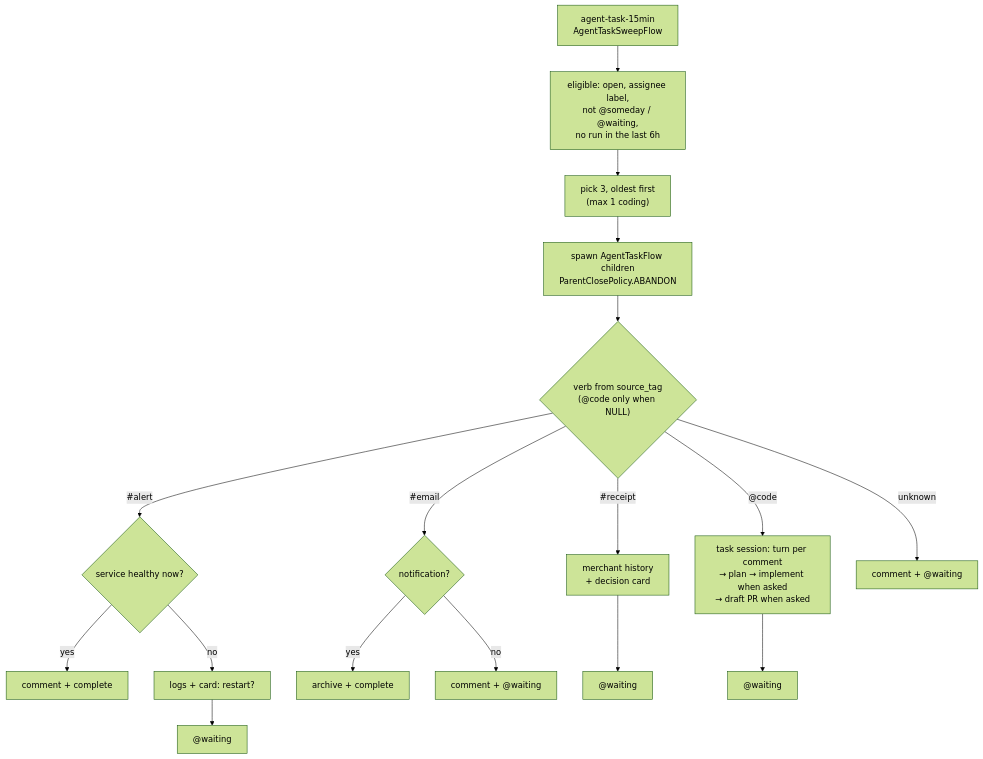
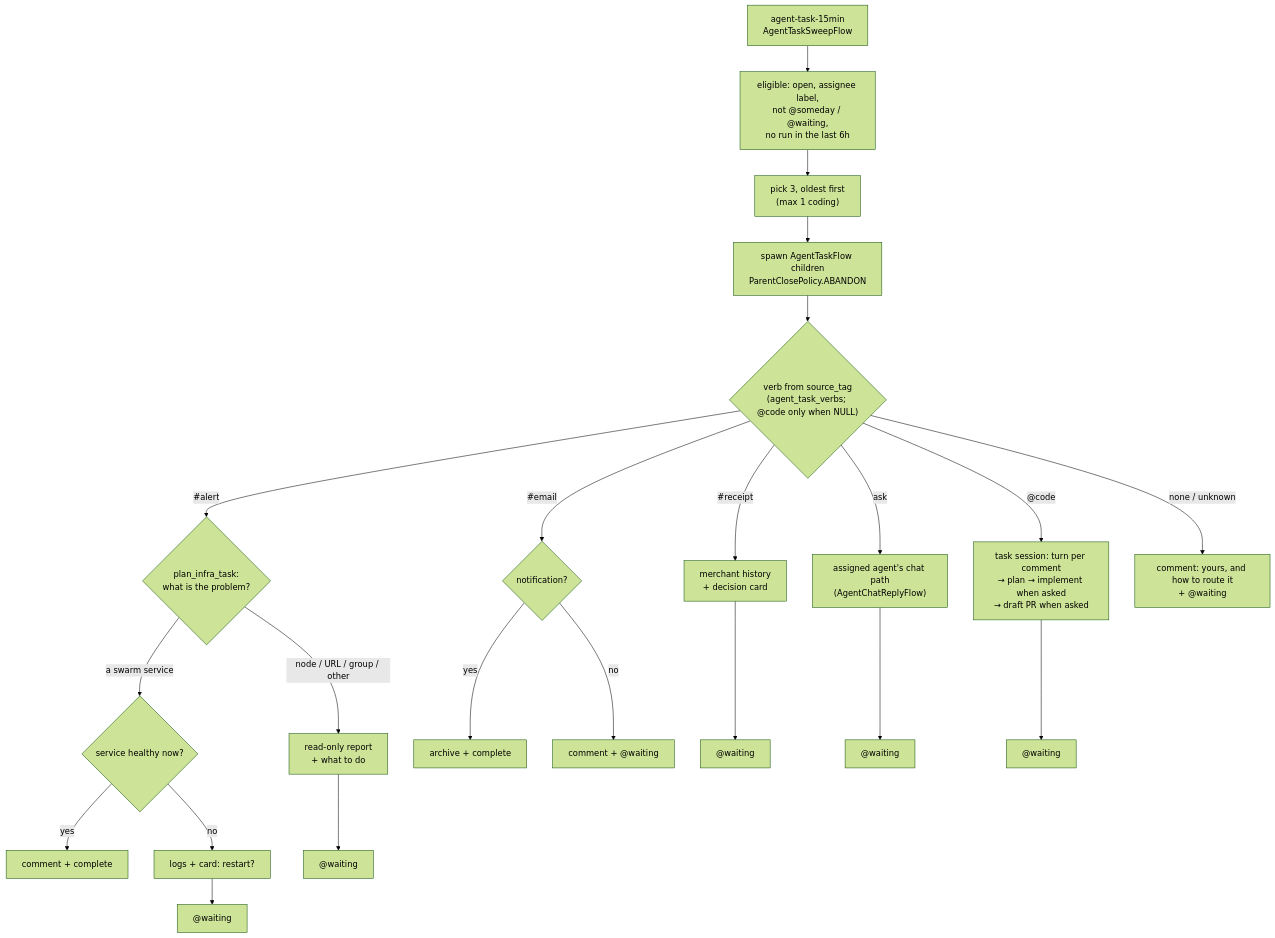
Before and after one commit to hikmahtech/aegis: the first of 2 diagrams in docs/how-it-works.md, drawn with Mermaid (forest theme). The commit also changed other lines of this file and 13 other files, not shown here.

Commit message:
fix(agent-task): hand chat, research, calendar and manual tasks to their agent, and act on every kind of infra problem (#344)

````diff
--- a/docs/how-it-works.md
+++ b/docs/how-it-works.md
@@ -284,16 +323,19 @@
 ```mermaid
 flowchart TD
     S["agent-task-15min<br/>AgentTaskSweepFlow"] --> E["eligible: open, assignee label,<br/>not @someday / @waiting,<br/>no run in the last 6h"]
     E --> P["pick 3, oldest first<br/>(max 1 coding)"]
     P --> C["spawn AgentTaskFlow children<br/>ParentClosePolicy.ABANDON"]
-    C --> V{"verb from source_tag<br/>(@code only when NULL)"}
-    V -- "#alert" --> IN{"service healthy now?"}
+    C --> V{"verb from source_tag<br/>(agent_task_verbs; @code only when NULL)"}
+    V -- "#alert" --> PL{"plan_infra_task:<br/>what is the problem?"}
+    PL -- "a swarm service" --> IN{"service healthy now?"}
     IN -- yes --> D1["comment + complete"]
     IN -- no --> R1["logs + card: restart?"] --> W1["@waiting"]
+    PL -- "node / URL / group / other" --> RP["read-only report<br/>+ what to do"] --> W6["@waiting"]
     V -- "#email" --> EM{"notification?"}
     EM -- yes --> D2["archive + complete"]
     EM -- no --> W2["comment + @waiting"]
     V -- "#receipt" --> F1["merchant history<br/>+ decision card"] --> W3["@waiting"]
+    V -- "ask" --> A1["assigned agent's chat path<br/>(AgentChatReplyFlow)"] --> W7["@waiting"]
     V -- "@code" --> K1["task session: turn per comment<br/>→ plan → implement when asked<br/>→ draft PR when asked"] --> W4["@waiting"]
-    V -- unknown --> W5["comment + @waiting"]
+    V -- "none / unknown" --> W5["comment: yours, and how to route it<br/>+ @waiting"]
 ```
````
